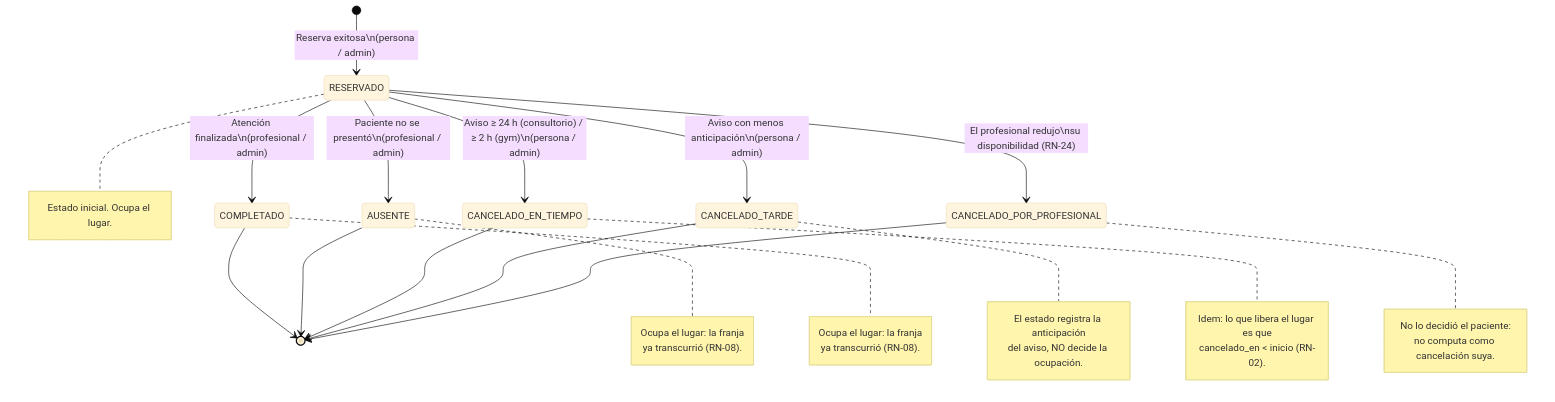
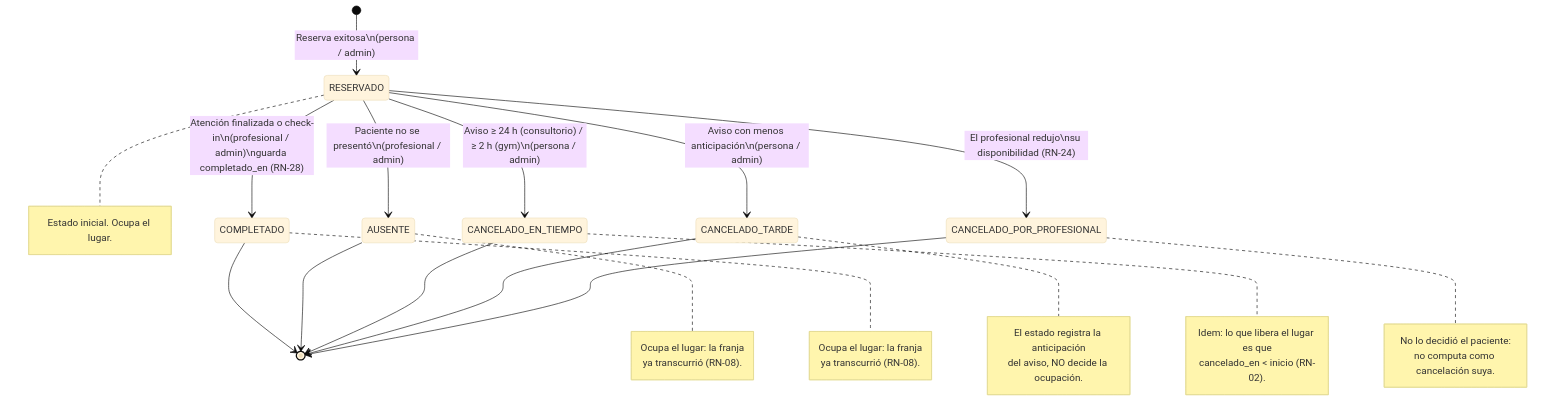
One commit to rcalcatelli/vitalys-app changed the second of 12 diagrams in docs/02-diseno/diagramas.md. Above: the diagram before and after it, drawn with Mermaid (base theme). The commit also changed other lines of this file and 11 other files, not shown here.

````diff
--- a/docs/02-diseno/diagramas.md
+++ b/docs/02-diseno/diagramas.md
@@ -101,49 +106,49 @@
 ```mermaid
 stateDiagram-v2
     [*] --> RESERVADO : Reserva exitosa\n(persona / admin)
 
-    RESERVADO --> COMPLETADO : Atención finalizada\n(profesional / admin)
+    RESERVADO --> COMPLETADO : Atención finalizada o check-in\n(profesional / admin)\nguarda completado_en (RN-28)
 
     RESERVADO --> AUSENTE : Paciente no se presentó\n(profesional / admin)
 
     RESERVADO --> CANCELADO_EN_TIEMPO : Aviso ≥ 24 h (consultorio) / ≥ 2 h (gym)\n(persona / admin)
 
     RESERVADO --> CANCELADO_TARDE : Aviso con menos anticipación\n(persona / admin)
 
     RESERVADO --> CANCELADO_POR_PROFESIONAL : El profesional redujo\nsu disponibilidad (RN-24)
 
     COMPLETADO --> [*]
     AUSENTE --> [*]
     CANCELADO_EN_TIEMPO --> [*]
     CANCELADO_TARDE --> [*]
     CANCELADO_POR_PROFESIONAL --> [*]
 
     note right of RESERVADO
         Estado inicial. Ocupa el lugar.
     end note
 
     note right of AUSENTE
         Ocupa el lugar: la franja
         ya transcurrió (RN-08).
     end note
 
     note right of COMPLETADO
         Ocupa el lugar: la franja
         ya transcurrió (RN-08).
     end note
 
     note right of CANCELADO_TARDE
         El estado registra la anticipación
         del aviso, NO decide la ocupación.
     end note
 
     note right of CANCELADO_EN_TIEMPO
         Idem: lo que libera el lugar es que
         cancelado_en < inicio (RN-02).
     end note
 
     note right of CANCELADO_POR_PROFESIONAL
         No lo decidió el paciente:
         no computa como cancelación suya.
     end note
 ```
````
